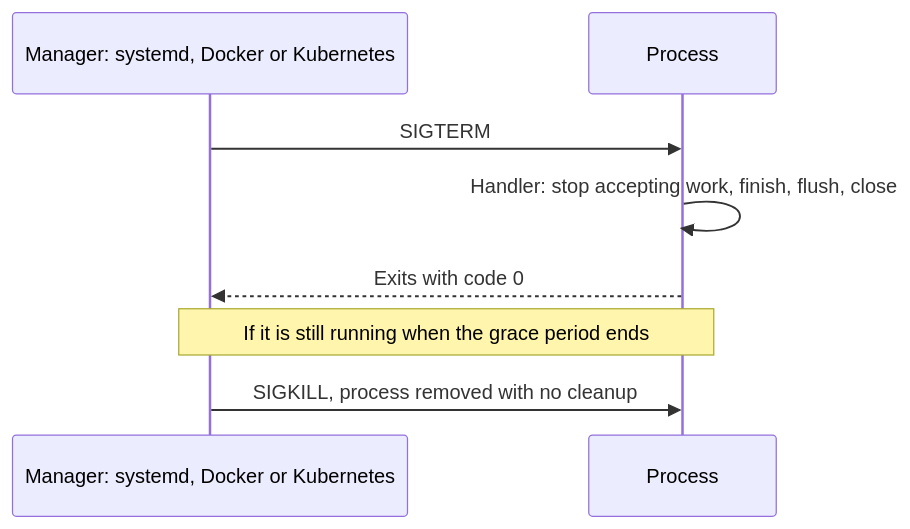
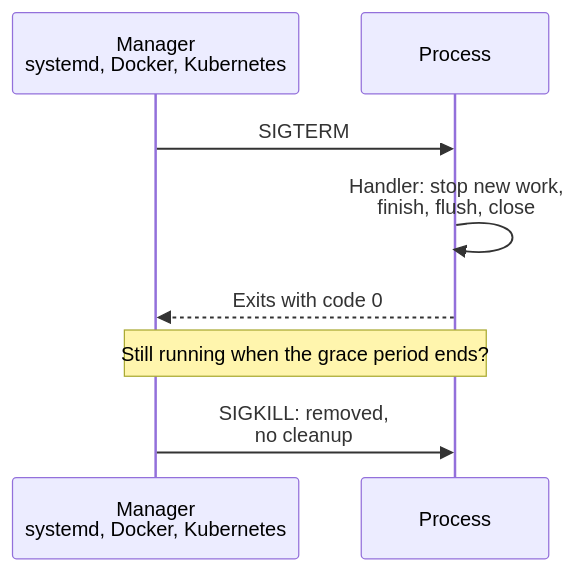
The second of 2 diagrams in docs/linux/processes-and-signals.md (alfinwilliam/devops-notes), drawn with Mermaid before and after one commit. The commit also changed other lines of this file and 17 other files, not shown here.

First line of the commit message:
diagrams: fix every diagram that was shrunk below readable size

````diff
--- a/docs/linux/processes-and-signals.md
+++ b/docs/linux/processes-and-signals.md
@@ -75,10 +75,10 @@
 ```mermaid
 sequenceDiagram
-    participant M as Manager: systemd, Docker or Kubernetes
+    participant M as Manager<br/>systemd, Docker, Kubernetes
     participant P as Process
     M->>P: SIGTERM
-    P->>P: Handler: stop accepting work, finish, flush, close
+    P->>P: Handler: stop new work,<br/>finish, flush, close
     P-->>M: Exits with code 0
-    Note over M,P: If it is still running when the grace period ends
-    M->>P: SIGKILL, process removed with no cleanup
+    Note over M,P: Still running when the grace period ends?
+    M->>P: SIGKILL: removed,<br/>no cleanup
 ```
````
